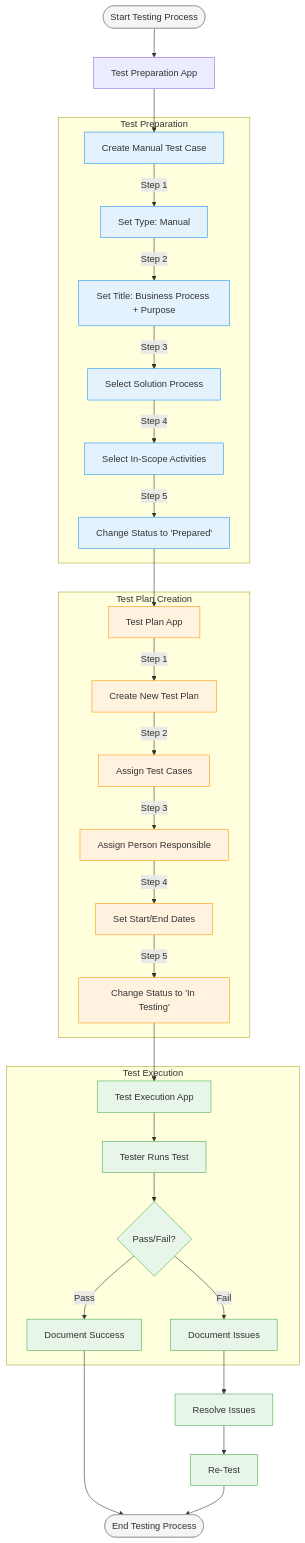
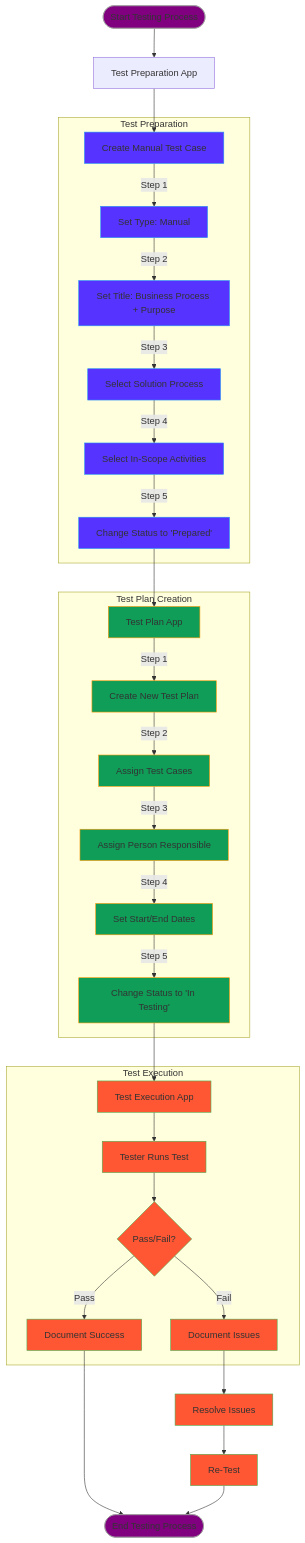
The diagram in calm-test-management.md (sapflashcards/S4CPE), drawn with Mermaid before and after one commit.

````diff
--- a/calm-test-management.md
+++ b/calm-test-management.md
@@ -1,47 +1,47 @@
 ```mermaid
 flowchart TB
     Start([Start Testing Process]) --> TestPrep[Test Preparation App]
     TestPrep --> CreateTest[Create Manual Test Case]
     
     subgraph "Test Preparation"
         CreateTest --> |Step 1| Type["Set Type: Manual"]
         Type --> |Step 2| Title["Set Title: Business Process + Purpose"]
         Title --> |Step 3| Scope["Select Solution Process"]
         Scope --> |Step 4| Activities["Select In-Scope Activities"]
         Activities --> |Step 5| StatusPrep["Change Status to 'Prepared'"]
     end
     
     StatusPrep --> TestPlan[Test Plan App]
     
     subgraph "Test Plan Creation"
         TestPlan --> |Step 1| CreatePlan["Create New Test Plan"]
         CreatePlan --> |Step 2| AssignCase["Assign Test Cases"]
         AssignCase --> |Step 3| AssignTester["Assign Person Responsible"]
         AssignTester --> |Step 4| SetDates["Set Start/End Dates"]
         SetDates --> |Step 5| StatusTest["Change Status to 'In Testing'"]
     end
     
     StatusTest --> Execution[Test Execution App]
     
     subgraph "Test Execution"
         Execution --> RunTest["Tester Runs Test"]
         RunTest --> Results{"Pass/Fail?"}
         Results --> |Pass| DocumentPass["Document Success"]
         Results --> |Fail| DocumentIssue["Document Issues"]
     end
     
     DocumentPass --> End([End Testing Process])
     DocumentIssue --> ResolveFix["Resolve Issues"]
     ResolveFix --> Retest["Re-Test"]
     Retest --> End
     
-    classDef prepSteps fill:#e3f2fd,stroke:#2196f3,stroke-width:1px
-    classDef planSteps fill:#fff3e0,stroke:#ff9800,stroke-width:1px
-    classDef execSteps fill:#e8f5e9,stroke:#4caf50,stroke-width:1px
-    classDef endpoints fill:#f5f5f5,stroke:#9e9e9e,stroke-width:1px
+    classDef prepSteps fill:#5733FF,stroke:#2196f3,stroke-width:1px
+    classDef planSteps fill:#0F9D58,stroke:#ff9800,stroke-width:1px
+    classDef execSteps fill:#FF5733,stroke:#4caf50,stroke-width:1px
+    classDef endpoints fill:#800080,stroke:#9e9e9e,stroke-width:1px
     
     class Start,End endpoints
     class CreateTest,Type,Title,Scope,Activities,StatusPrep prepSteps
     class TestPlan,CreatePlan,AssignCase,AssignTester,SetDates,StatusTest planSteps
     class Execution,RunTest,Results,DocumentPass,DocumentIssue,ResolveFix,Retest execSteps
 ```
````
